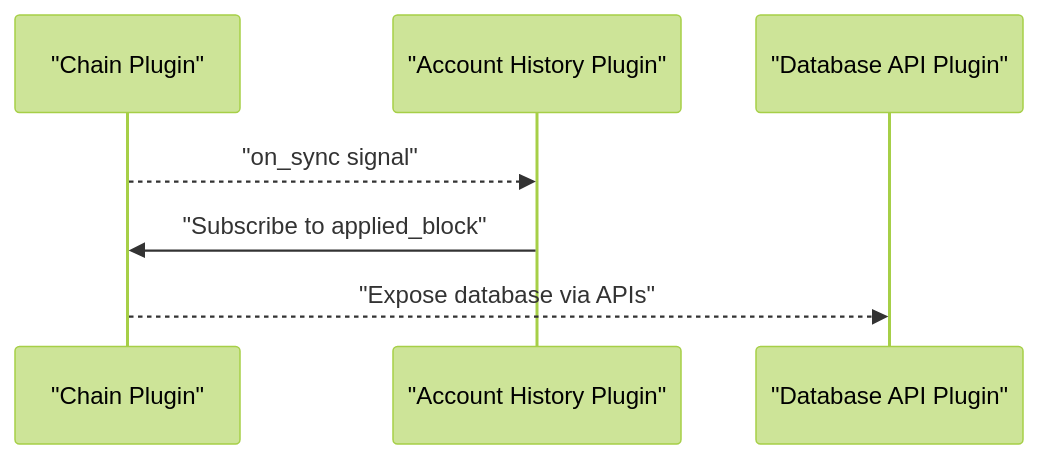
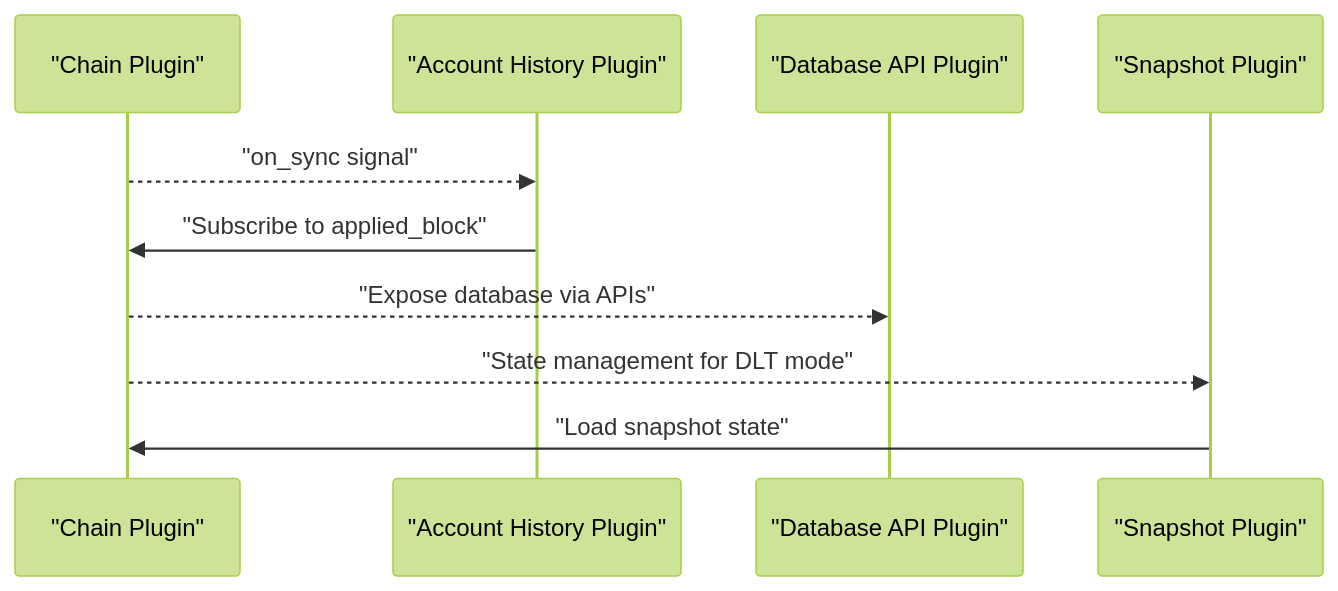
Diagram 12 of 17 in .qoder/repowiki/en/content/Plugin System/Plugin System.md (VIZ-Blockchain/viz-cpp-node), drawn with Mermaid (forest theme) before and after one commit. The commit also changed other lines of this file and 4 other files, not shown here.

First line of the commit message:
docs(database): enhance database management with DLT mode and error handling

````diff
--- a/.qoder/repowiki/en/content/Plugin System/Plugin System.md
+++ b/.qoder/repowiki/en/content/Plugin System/Plugin System.md
@@ -313,9 +370,12 @@
 ```mermaid
 sequenceDiagram
 participant CHAIN as "Chain Plugin"
 participant AHIST as "Account History Plugin"
 participant DBAPI as "Database API Plugin"
+participant SNAP as "Snapshot Plugin"
 CHAIN-->>AHIST : "on_sync signal"
 AHIST->>CHAIN : "Subscribe to applied_block"
 CHAIN-->>DBAPI : "Expose database via APIs"
+CHAIN-->>SNAP : "State management for DLT mode"
+SNAP->>CHAIN : "Load snapshot state"
 ```
````
